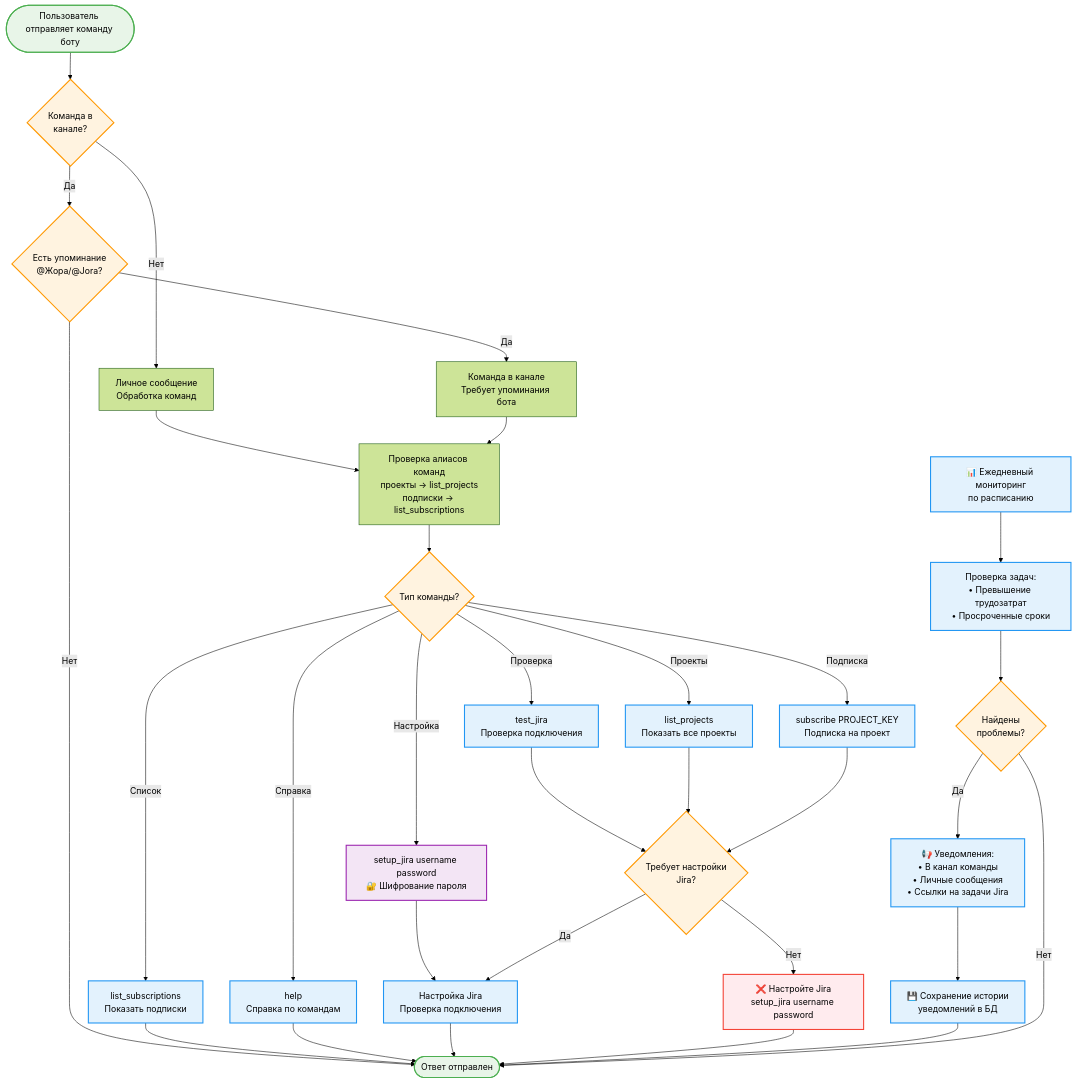
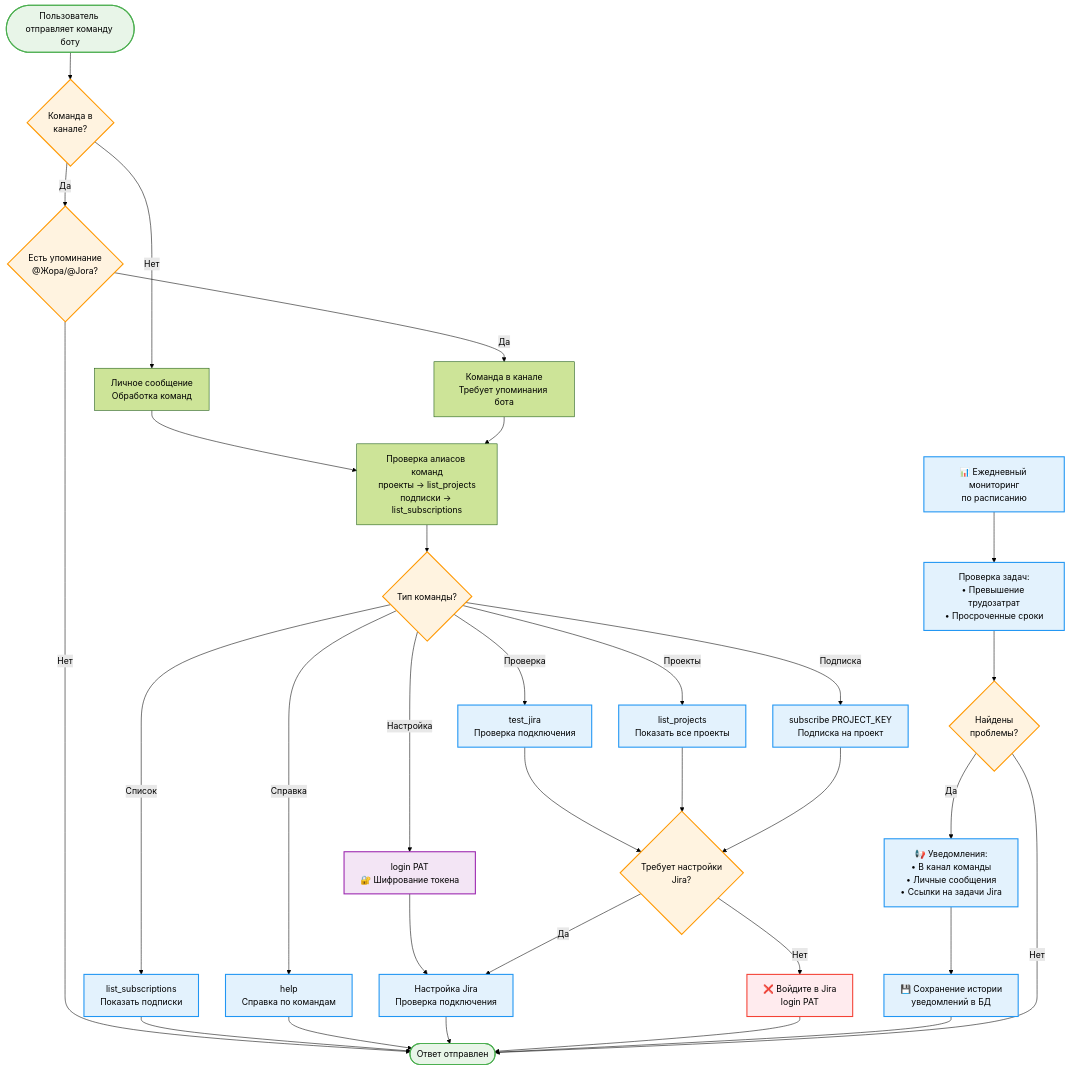
The second of 2 diagrams in README.md (chastnik/mm_project_monitor_bot), drawn with Mermaid (forest theme) before and after one commit. The commit also changed other lines of this file and 13 other files, not shown here.

```diff
--- a/README.md
+++ b/README.md
@@ -265,7 +275,7 @@
     
     COMMAND_TYPE{Тип команды?}
     
-    SETUP_JIRA[setup_jira username password<br/>🔐 Шифрование пароля]
+    SETUP_JIRA[login PAT<br/>🔐 Шифрование токена]
     TEST_JIRA[test_jira<br/>Проверка подключения]
     LIST_PROJECTS[list_projects<br/>Показать все проекты]
     SUBSCRIBE[subscribe PROJECT_KEY<br/>Подписка на проект]
@@ -275,7 +285,7 @@
     JIRA_REQUIRED{Требует настройки<br/>Jira?}
     
     JIRA_SETUP[Настройка Jira<br/>Проверка подключения]
-    NO_JIRA[❌ Настройте Jira<br/>setup_jira username password]
+    NO_JIRA[❌ Войдите в Jira<br/>login PAT]
     
     MONITOR_CYCLE[📊 Ежедневный мониторинг<br/>по расписанию]
     
```
